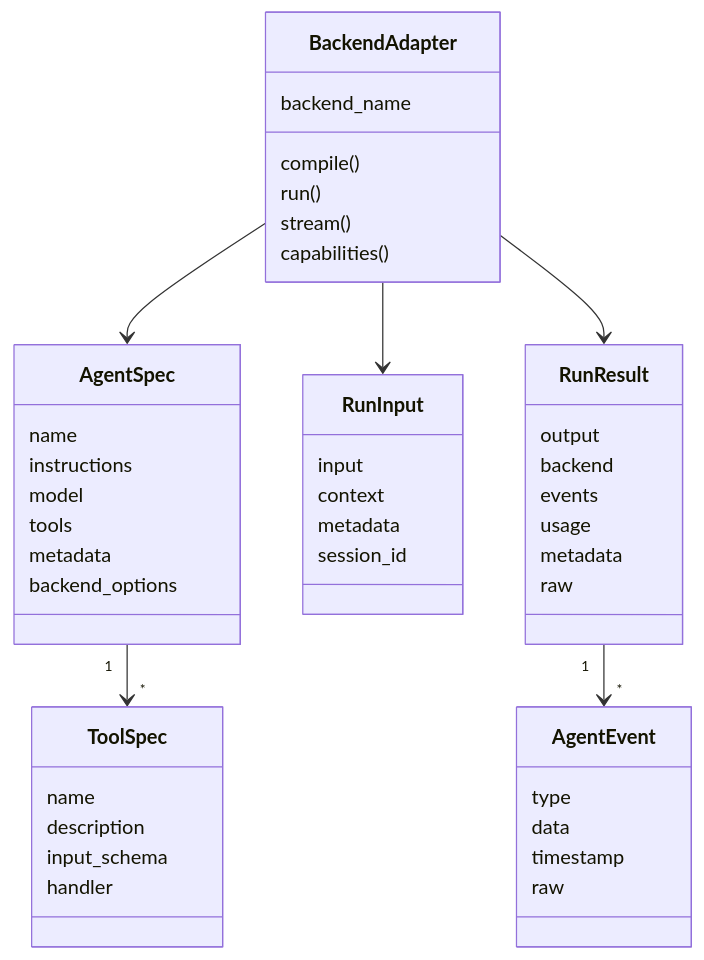
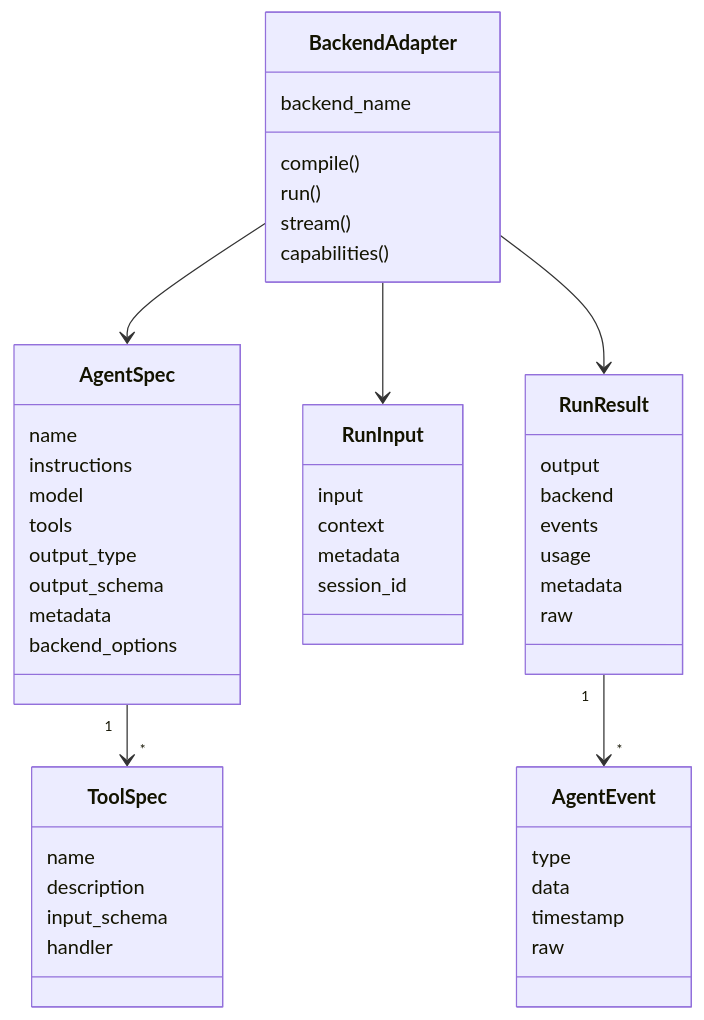
Before and after one commit to 0sparsh2/AgentBridge: the fourth of 9 diagrams in docs/architecture.md, drawn with Mermaid. The commit also changed other lines of this file and 51 other files, not shown here.

````diff
--- a/docs/architecture.md
+++ b/docs/architecture.md
@@ -82,50 +99,52 @@
 ```mermaid
 classDiagram
     class AgentSpec {
         name
         instructions
         model
         tools
+        output_type
+        output_schema
         metadata
         backend_options
     }
     class ToolSpec {
         name
         description
         input_schema
         handler
     }
     class RunInput {
         input
         context
         metadata
         session_id
     }
     class RunResult {
         output
         backend
         events
         usage
         metadata
         raw
     }
     class AgentEvent {
         type
         data
         timestamp
         raw
     }
     class BackendAdapter {
         backend_name
         compile()
         run()
         stream()
         capabilities()
     }
 
     AgentSpec "1" --> "*" ToolSpec
     RunResult "1" --> "*" AgentEvent
     BackendAdapter --> AgentSpec
     BackendAdapter --> RunInput
     BackendAdapter --> RunResult
 ```
````
